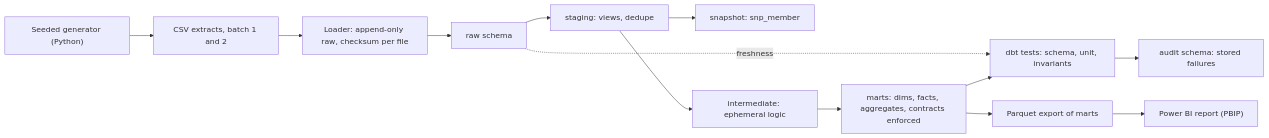
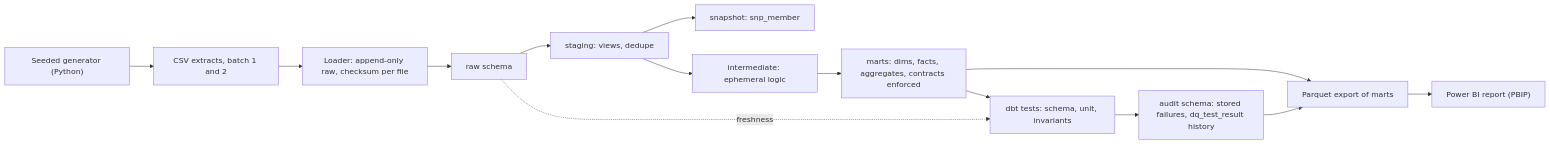
The first of 2 diagrams in cases/02-retail-loyalty-analytics/docs/architecture.md (mhanssari/Data-AI-Engineering-Portfolio), drawn with Mermaid before and after one commit. The commit also changed other lines of this file and 15 other files, not shown here.

First line of the commit message:
ci(case-02): test history, Parquet export and GitHub Actions workflow

````diff
--- a/cases/02-retail-loyalty-analytics/docs/architecture.md
+++ b/cases/02-retail-loyalty-analytics/docs/architecture.md
@@ -7,15 +7,16 @@
 ```mermaid
 flowchart LR
   G["Seeded generator (Python)"] --> F["CSV extracts, batch 1 and 2"]
   F --> L["Loader: append-only raw, checksum per file"]
   L --> RAW["raw schema"]
   RAW --> STG["staging: views, dedupe"]
   RAW -. "freshness" .-> T
   STG --> SNP["snapshot: snp_member"]
   STG --> INT["intermediate: ephemeral logic"]
   INT --> MART["marts: dims, facts, aggregates, contracts enforced"]
   MART --> T["dbt tests: schema, unit, invariants"]
-  T --> DQ["audit schema: stored failures"]
+  T --> DQ["audit schema: stored failures, dq_test_result history"]
+  DQ --> X
   MART --> X["Parquet export of marts"]
   X --> PBI["Power BI report (PBIP)"]
 ```
````
